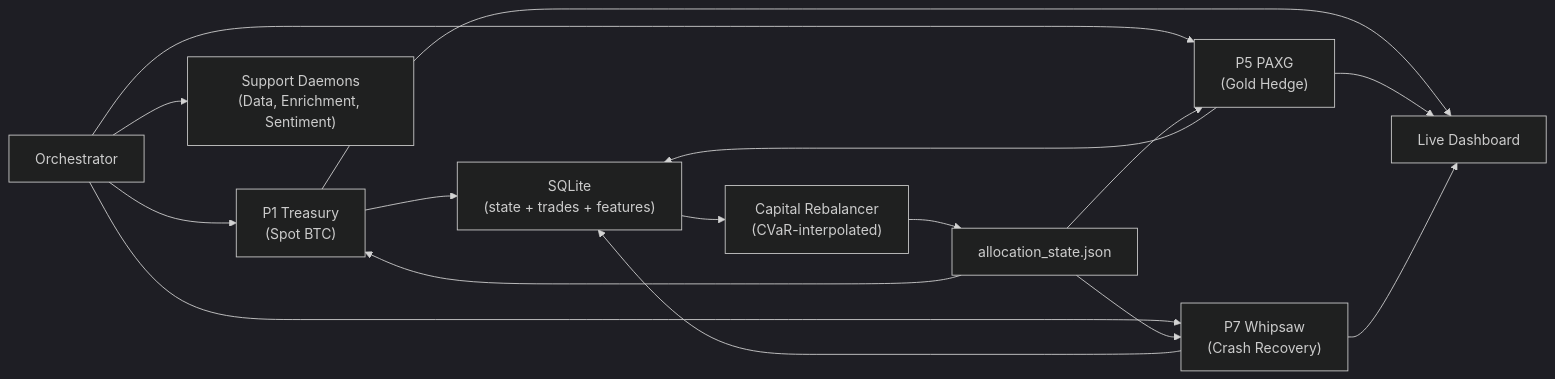
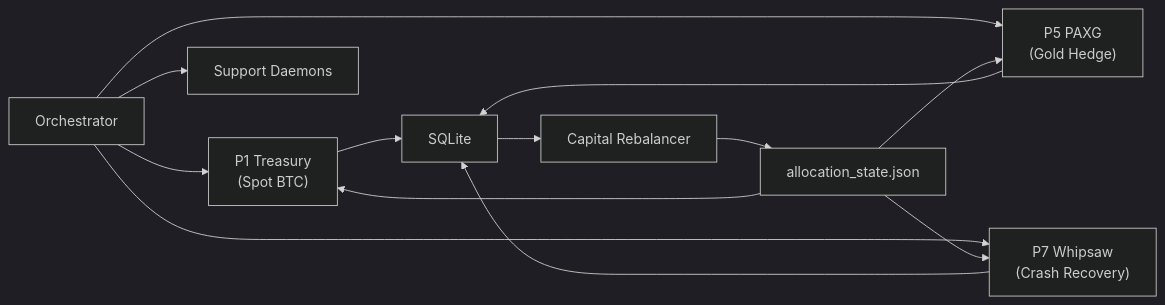
Before and after one commit to raydeoliveira/eisen-portfolio: the diagram in README.md, drawn with Mermaid (dark theme). The commit also changed other lines of this file, not shown here.

````diff
--- a/README.md
+++ b/README.md
@@ -99,12 +90,11 @@
 ```mermaid
 flowchart LR
     O["Orchestrator"] --> P1["P1 Treasury<br/>(Spot BTC)"]
     O --> P5["P5 PAXG<br/>(Gold Hedge)"]
     O --> P7["P7 Whipsaw<br/>(Crash Recovery)"]
-    O --> D["Support Daemons<br/>(Data, Enrichment, Sentiment)"]
-    P1 & P5 & P7 --> DB["SQLite<br/>(state + trades + features)"]
-    DB --> R["Capital Rebalancer<br/>(CVaR-interpolated)"]
+    O --> S["Support Daemons"]
+    P1 & P5 & P7 --> DB["SQLite"]
+    DB --> R["Capital Rebalancer"]
     R --> A["allocation_state.json"]
     A --> P1 & P5 & P7
-    P1 & P5 & P7 --> DASH["Live Dashboard"]
 ```
````
